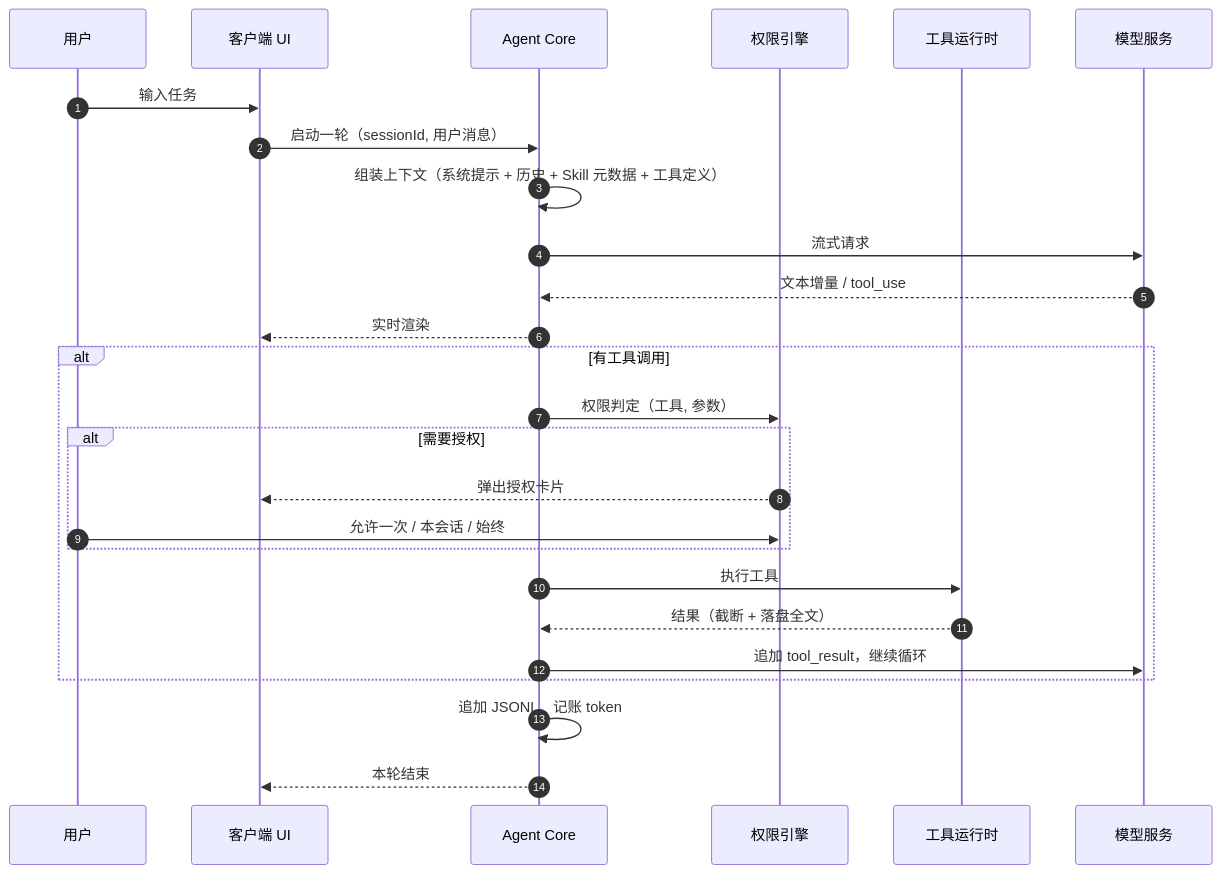
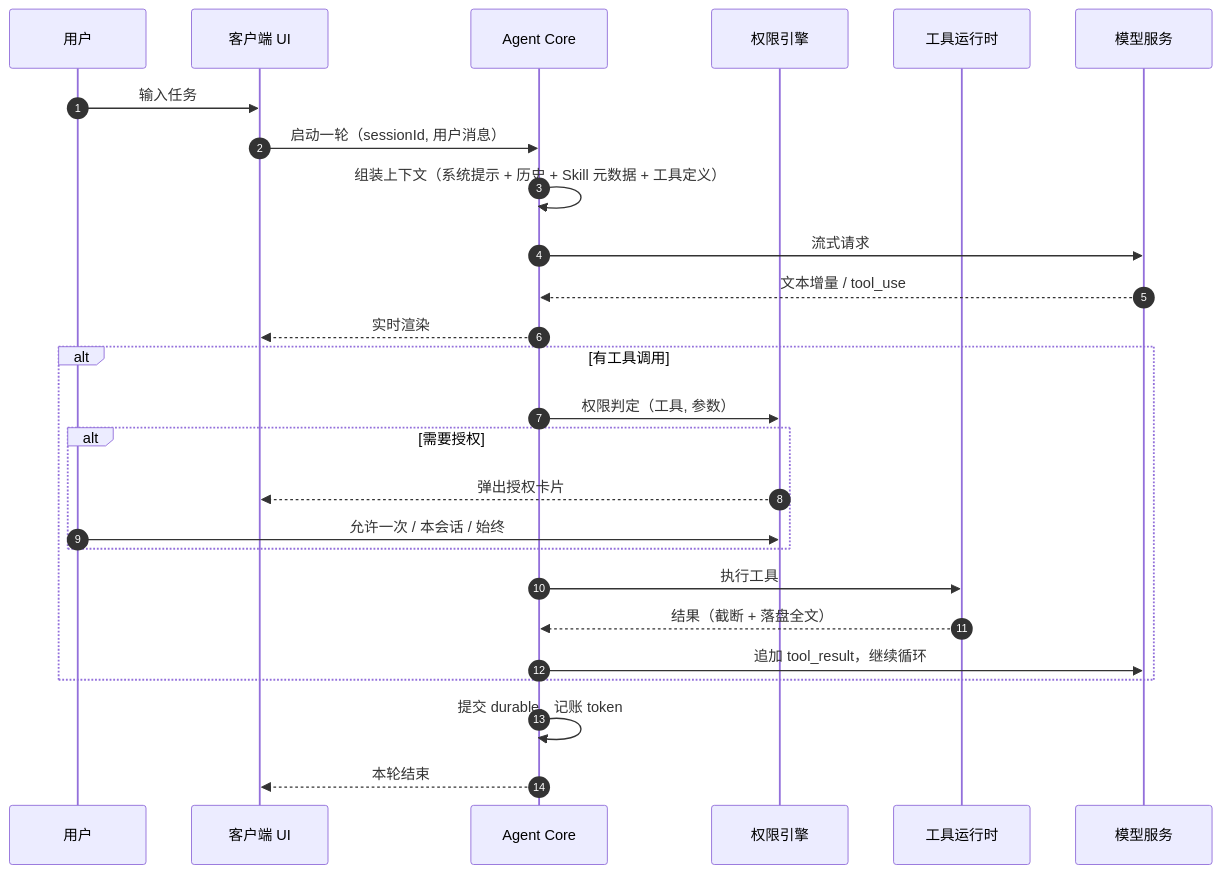
One commit to CQ-Developer/hu-agent changed the third of 13 diagrams in docs/design.md. Above: the diagram before and after it, drawn with Mermaid. The commit also changed other lines of this file and 12 other files, not shown here.

````diff
--- a/docs/design.md
+++ b/docs/design.md
@@ -216,29 +216,29 @@
 ```mermaid
 sequenceDiagram
   autonumber
   participant U as 用户
   participant UI as 客户端 UI
   participant C as Agent Core
   participant P as 权限引擎
   participant T as 工具运行时
   participant M as 模型服务
 
   U->>UI: 输入任务
   UI->>C: 启动一轮（sessionId, 用户消息）
   C->>C: 组装上下文（系统提示 + 历史 + Skill 元数据 + 工具定义）
   C->>M: 流式请求
   M-->>C: 文本增量 / tool_use
   C-->>UI: 实时渲染
   alt 有工具调用
     C->>P: 权限判定（工具, 参数）
     alt 需要授权
       P-->>UI: 弹出授权卡片
       U->>P: 允许一次 / 本会话 / 始终
     end
     C->>T: 执行工具
     T-->>C: 结果（截断 + 落盘全文）
     C->>M: 追加 tool_result，继续循环
   end
-  C->>C: 追加 JSONL、记账 token
+  C->>C: 提交 durable、记账 token
   C-->>UI: 本轮结束
 ```
````
